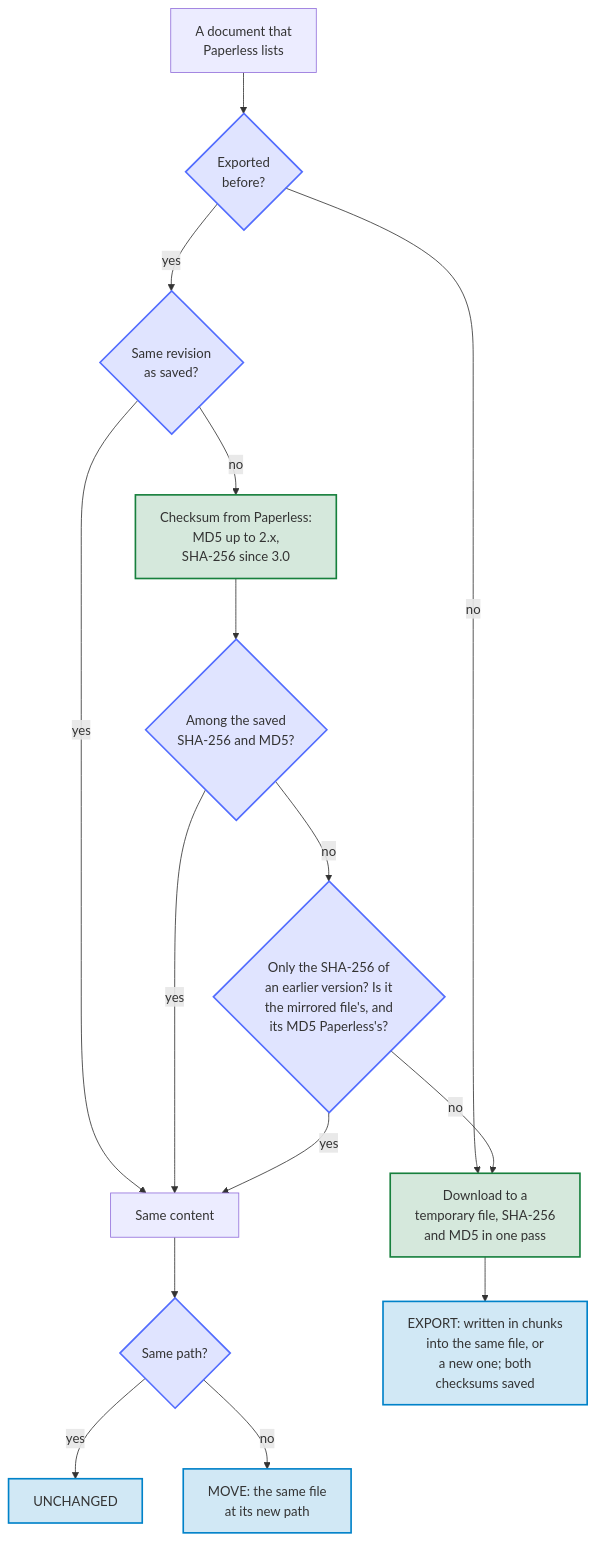
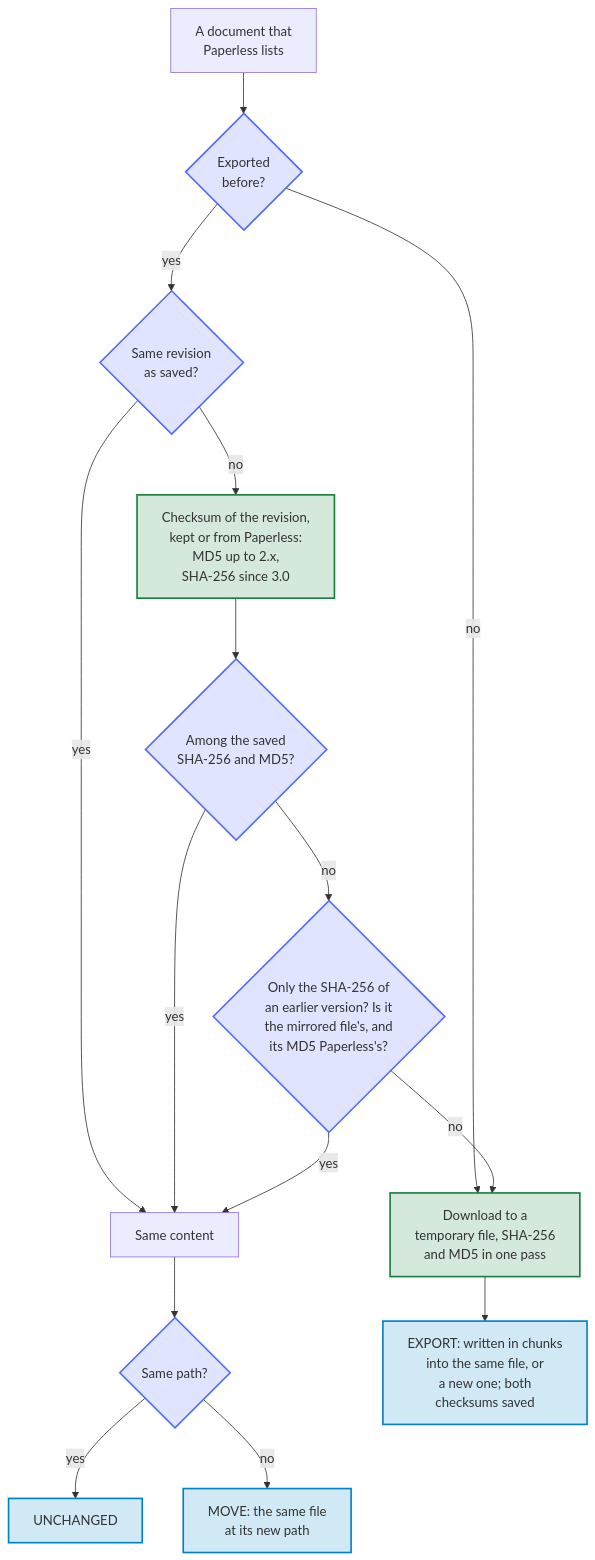
The diagram in docs/diagrams/how-a-run-tells-new-metadata-from-new-content.mmd (Dennis-Otto/paperless-sync), drawn with Mermaid before and after one commit. The commit also changed 25 other files, not shown here.

First line of the commit message:
perf(sync): ask Paperless only for the fields a run needs and stop rewriting unchanged state (#156)

```diff
--- a/docs/diagrams/how-a-run-tells-new-metadata-from-new-content.mmd
+++ b/docs/diagrams/how-a-run-tells-new-metadata-from-new-content.mmd
@@ -1,24 +1,24 @@
 flowchart TB
     accTitle: How a run tells new metadata from new content
-    accDescr: A document that was never exported is downloaded. For an exported document, a run compares the revision of Paperless with the one it saved. With a new revision, it asks Paperless for the checksum of the file, MD5 up to Paperless-ngx 2.x and SHA-256 since 3.0, and looks for it among the SHA-256 and the MD5 that it saved at the download. When the revision is the same, or the checksum is among them, the content is the same: the file stays where it is, or moves to its new path. When an earlier version of the app saved the SHA-256 alone and Paperless reports an MD5, the run computes both checksums of the mirrored file: when its SHA-256 is the saved one and its MD5 the one of Paperless, the content is the same too. Otherwise the run downloads the document to a temporary file, computes both checksums in one pass over it, writes it to Nextcloud in chunks, into the file of the document when it has one, which keeps its ID and moves to its new path first, and saves the checksums. The questions are indigo, the requests to Paperless-ngx green, and the results in Nextcloud blue.
+    accDescr: A document that was never exported is downloaded. For an exported document, a run compares the revision of Paperless with the one it saved. With a new revision, it takes the checksum of the file that it kept for this revision, or asks Paperless for it, MD5 up to Paperless-ngx 2.x and SHA-256 since 3.0, and keeps it with the revision, so that a document that waits for a later run asks only once; it looks for the checksum among the SHA-256 and the MD5 that it saved at the download. When the revision is the same, or the checksum is among them, the content is the same: the file stays where it is, or moves to its new path. When an earlier version of the app saved the SHA-256 alone and Paperless reports an MD5, the run computes both checksums of the mirrored file: when its SHA-256 is the saved one and its MD5 the one of Paperless, the content is the same too. Otherwise the run downloads the document to a temporary file, computes both checksums in one pass over it, writes it to Nextcloud in chunks, into the file of the document when it has one, which keeps its ID and moves to its new path first, and saves the checksums. The questions are indigo, the requests to Paperless-ngx green, and the results in Nextcloud blue.
 
     document["A document that<br>Paperless lists"] --> exported{"Exported<br>before?"}
     exported -->|no| download["Download to a<br>temporary file, SHA-256<br>and MD5 in one pass"]
     exported -->|yes| revision{"Same revision<br>as saved?"}
     revision -->|yes| same["Same content"]
-    revision -->|no| checksum["Checksum from Paperless:<br>MD5 up to 2.x,<br>SHA-256 since 3.0"]
+    revision -->|no| checksum["Checksum of the revision,<br>kept or from Paperless:<br>MD5 up to 2.x,<br>SHA-256 since 3.0"]
     checksum --> known{"Among the saved<br>SHA-256 and MD5?"}
     known -->|yes| same
     known -->|no| earlier{"Only the SHA-256 of<br>an earlier version? Is it<br>the mirrored file's, and<br>its MD5 Paperless's?"}
     earlier -->|yes| same
     earlier -->|no| download
     same --> path{"Same path?"}
     path -->|yes| unchanged["UNCHANGED"]
     path -->|no| move["MOVE: the same file<br>at its new path"]
     download --> export["EXPORT: written in chunks<br>into the same file, or<br>a new one; both<br>checksums saved"]
     classDef check fill:#526cfe2e,stroke:#526cfe,stroke-width:2px
     classDef paperless fill:#17803d2e,stroke:#17803d,stroke-width:2px
     classDef nextcloud fill:#0082c92e,stroke:#0082c9,stroke-width:2px
     class exported,revision,known,earlier,path check
     class checksum,download paperless
     class unchanged,move,export nextcloud
```
